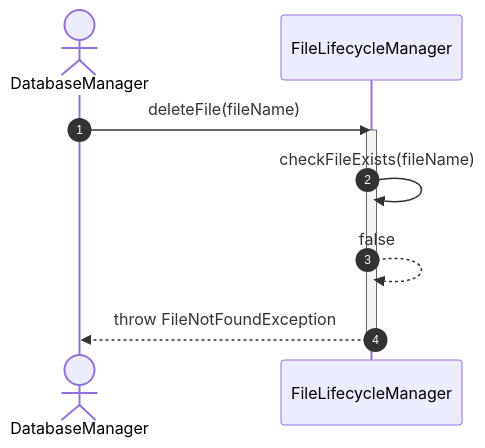
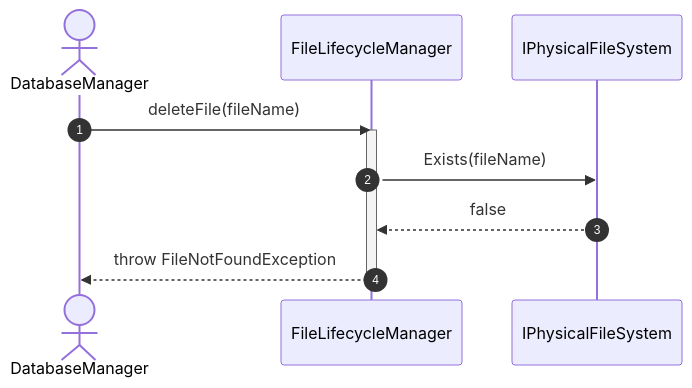
The third of 4 diagrams in docs/diagrams/sequence-diagrams/storage-engine/file-management/file-lifecycle/delete-file.md (manaxpow/DBMS), drawn with Mermaid before and after one commit. The commit also changed other lines of this file and 54 other files, not shown here.

````diff
--- a/docs/diagrams/sequence-diagrams/storage-engine/file-management/file-lifecycle/delete-file.md
+++ b/docs/diagrams/sequence-diagrams/storage-engine/file-management/file-lifecycle/delete-file.md
@@ -67,15 +74,16 @@
 ```mermaid
 sequenceDiagram
     autonumber
     actor DB as DatabaseManager
     participant LM as FileLifecycleManager
+    participant PFS as IPhysicalFileSystem
 
     DB->>LM: deleteFile(fileName)
     activate LM
     
-    LM->>LM: checkFileExists(fileName)
-    LM-->>LM: false
+    LM->>PFS: Exists(fileName)
+    PFS-->>LM: false
     
     LM-->>DB: throw FileNotFoundException
     deactivate LM
 ```
````
